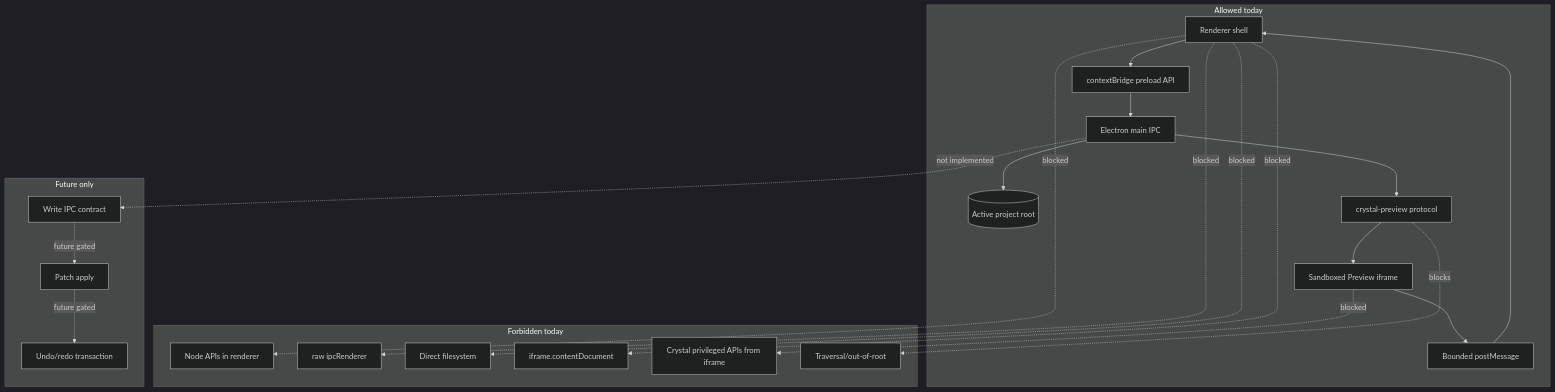
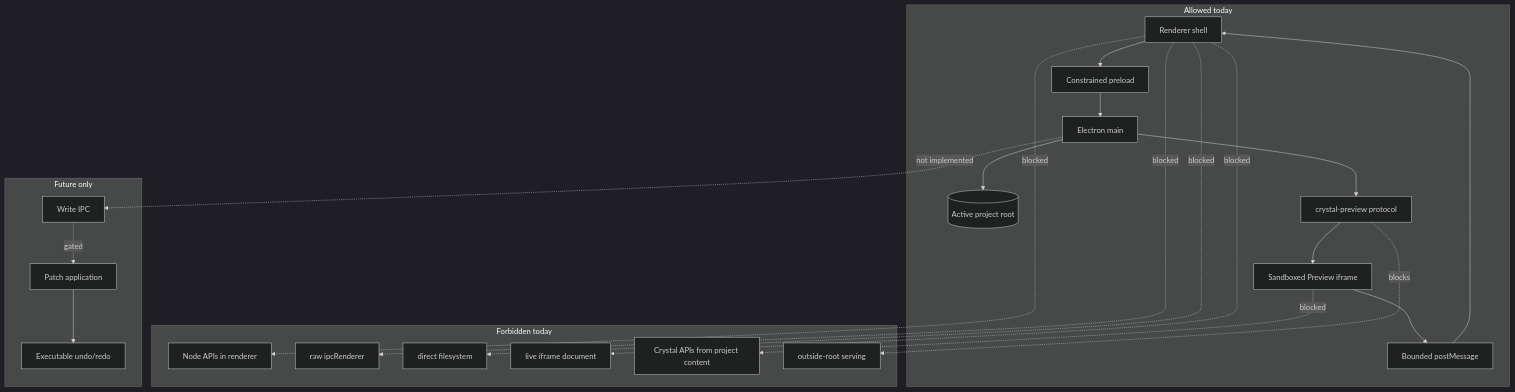
One commit to krestosa/Crystal changed the diagram in docs/architecture/diagrams/security-boundaries.md. Above: the diagram before and after it, drawn with Mermaid (dark theme). The commit also changed other lines of this file and 60 other files, not shown here.

````diff
--- a/docs/architecture/diagrams/security-boundaries.md
+++ b/docs/architecture/diagrams/security-boundaries.md
@@ -56,37 +13,33 @@
 ```mermaid
 flowchart TD
   subgraph Allowed[Allowed today]
-    Renderer[Renderer shell] --> Preload[contextBridge preload API]
-    Preload --> Main[Electron main IPC]
-    Main --> ProjectRoot[(Active project root)]
-    Main --> PreviewProtocol[crystal-preview protocol]
-    PreviewProtocol --> PreviewIframe[Sandboxed Preview iframe]
-    PreviewIframe --> Message[Bounded postMessage]
+    Renderer[Renderer shell] --> Preload[Constrained preload]
+    Preload --> Main[Electron main]
+    Main --> Root[(Active project root)]
+    Main --> Protocol[crystal-preview protocol]
+    Protocol --> Frame[Sandboxed Preview iframe]
+    Frame --> Message[Bounded postMessage]
     Message --> Renderer
   end
-
   subgraph Forbidden[Forbidden today]
     Node[Node APIs in renderer]
     RawIPC[raw ipcRenderer]
-    DirectFS[Direct filesystem]
-    IframeDOM[iframe.contentDocument]
-    CrystalPrivileges[Crystal privileged APIs from iframe]
-    Traversal[Traversal/out-of-root]
+    DirectFS[direct filesystem]
+    LiveDOM[live iframe document]
+    Privilege[Crystal APIs from project content]
+    Traversal[outside-root serving]
   end
-
-  subgraph FutureOnly[Future only]
-    WriteIPC[Write IPC contract]
-    PatchApply[Patch apply]
-    Undo[Undo/redo transaction]
+  subgraph Future[Future only]
+    WriteIPC[Write IPC]
+    Apply[Patch application]
+    History[Executable undo/redo]
   end
-
   Renderer -. blocked .-> Node
   Renderer -. blocked .-> RawIPC
   Renderer -. blocked .-> DirectFS
-  Renderer -. blocked .-> IframeDOM
-  PreviewIframe -. blocked .-> CrystalPrivileges
-  PreviewProtocol -. blocks .-> Traversal
+  Renderer -. blocked .-> LiveDOM
+  Frame -. blocked .-> Privilege
+  Protocol -. blocks .-> Traversal
   Main -. not implemented .-> WriteIPC
-  WriteIPC -. future gated .-> PatchApply
-  PatchApply -. future gated .-> Undo
+  WriteIPC -. gated .-> Apply --> History
 ```
````
